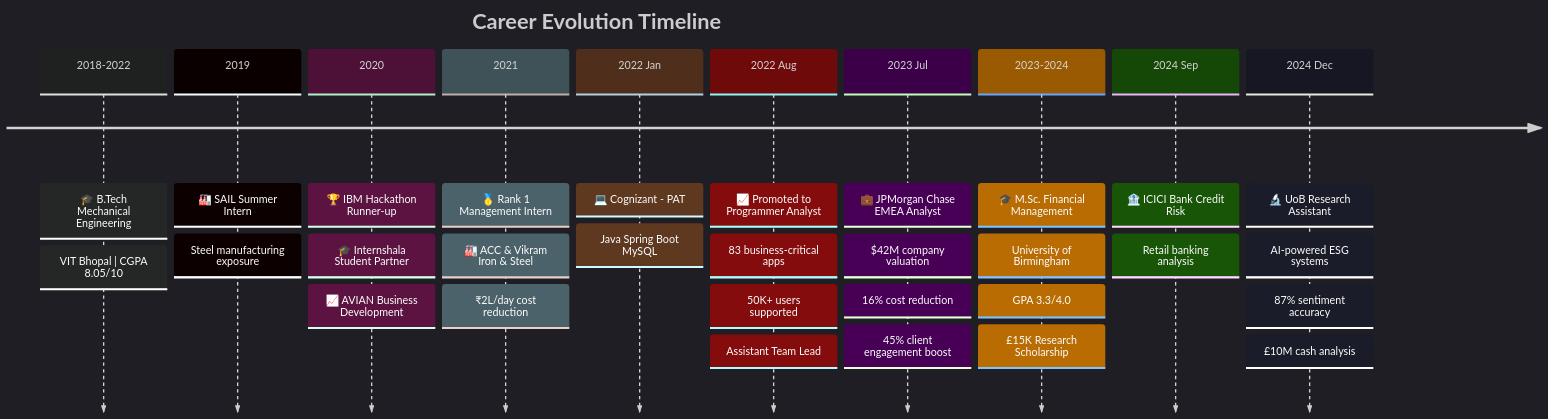
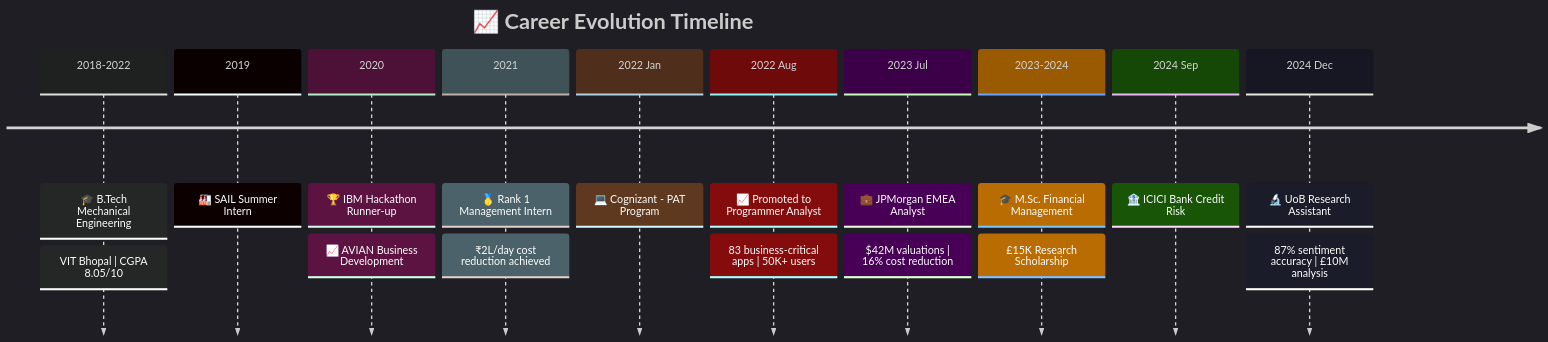
Before and after one commit to NayakAbhishek/NayakAbhishek: the diagram in README.md, drawn with Mermaid. The commit also changed other lines of this file, not shown here.

````diff
--- a/README.md
+++ b/README.md
@@ -89,35 +87,22 @@
 ```mermaid
 %%{init: {'theme':'dark'}}%%
 timeline
-    title Career Evolution Timeline
-    2018-2022 : 🎓 B.Tech Mechanical Engineering
-              : VIT Bhopal | CGPA 8.05/10
+    title 📈 Career Evolution Timeline
+    2018-2022 :  🎓 B.Tech Mechanical Engineering
+              :  VIT Bhopal | CGPA 8.05/10
     2019 : 🏭 SAIL Summer Intern
-         : Steel manufacturing exposure
     2020 : 🏆 IBM Hackathon Runner-up
-         : 🎓 Internshala Student Partner
          : 📈 AVIAN Business Development
     2021 : 🥇 Rank 1 Management Intern
-         : 🏭 ACC & Vikram Iron & Steel
-         : ₹2L/day cost reduction
-    2022 Jan : 💻 Cognizant - PAT
-             : Java Spring Boot MySQL
+         : ₹2L/day cost reduction achieved
+    2022 Jan : 💻 Cognizant - PAT Program
     2022 Aug : 📈 Promoted to Programmer Analyst
-             : 83 business-critical apps
-             : 50K+ users supported
-             : Assistant Team Lead
-    2023 Jul : 💼 JPMorgan Chase EMEA Analyst
-             : $42M company valuation
-             : 16% cost reduction
-             : 45% client engagement boost
+             : 83 business-critical apps | 50K+ users
+    2023 Jul : 💼 JPMorgan EMEA Analyst
+             : $42M valuations | 16% cost reduction
     2023-2024 : 🎓 M.Sc. Financial Management
-              : University of Birmingham
-              : GPA 3.3/4.0
               : £15K Research Scholarship
     2024 Sep : 🏦 ICICI Bank Credit Risk
-             : Retail banking analysis
     2024 Dec : 🔬 UoB Research Assistant
-             : AI-powered ESG systems
-             : 87% sentiment accuracy
-             : £10M cash analysis
+             : 87% sentiment accuracy | £10M analysis
 ```
````
